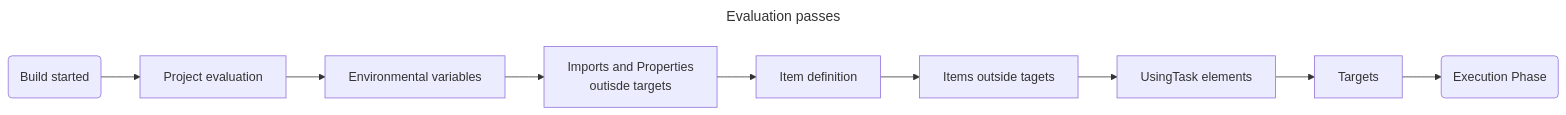
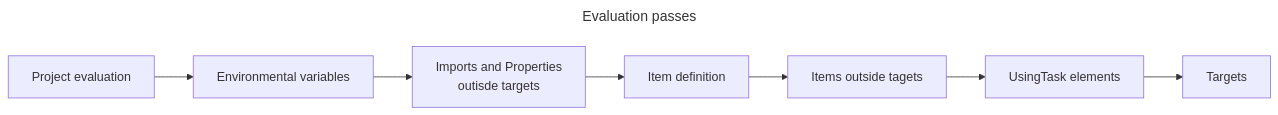
One commit to dotnet/msbuild changed the third of 4 diagrams in documentation/High-level-overview.md. Above: the diagram before and after it, drawn with Mermaid. The commit also changed other lines of this file, not shown here.

Commit message:
Engine parts diagram

````diff
--- a/documentation/High-level-overview.md
+++ b/documentation/High-level-overview.md
@@ -65,16 +113,14 @@
 ```mermaid
 ---
 title: Evaluation passes 
 ---
 flowchart LR
-    BT(Build started) --> 
     PE[Project evaluation] --> 
     EV[Environmental variables] --> 
     IP[Imports and Properties 
     outisde targets] -->
     ID[Item definition] -->
     IO[Items outside tagets] -->
     UE[UsingTask elements] -->
-    T[Targets] -->
-    EP(Execution Phase)
+    T[Targets]
 ```
````
